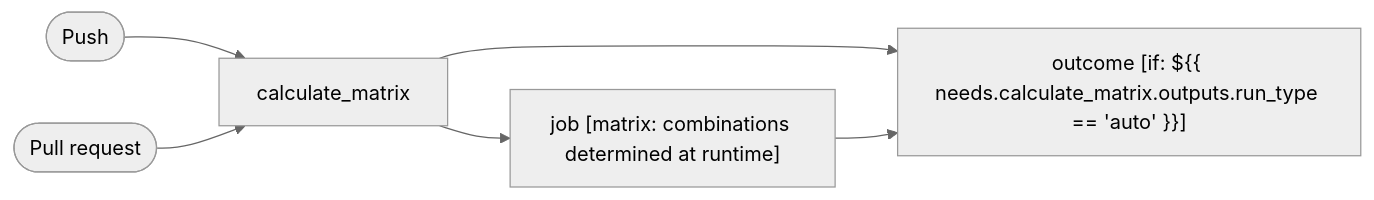
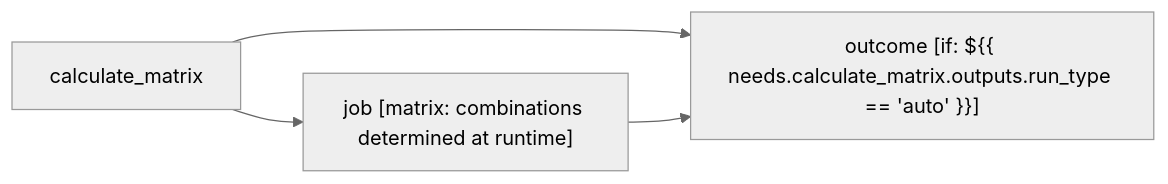
Before and after one commit to bhagatshivam/what-is-my-pipeline-doing: the diagram in tests/golden/rust_ci.md, drawn with Mermaid (neutral theme). The commit also changed other lines of this file and 27 other files, not shown here.

````diff
--- a/tests/golden/rust_ci.md
+++ b/tests/golden/rust_ci.md
@@ -46,13 +56,9 @@
 ```mermaid
 flowchart LR
-    trigger_0(["Push"])
-    trigger_1(["Pull request"])
     calculate_matrix["calculate_matrix"]
     job["job [matrix: combinations determined at runtime]"]
     outcome["outcome [if: ${{ needs.calculate_matrix.outputs.run_type == 'auto' }}]"]
-    trigger_0 --> calculate_matrix
-    trigger_1 --> calculate_matrix
     calculate_matrix --> job
     calculate_matrix --> outcome
     job --> outcome
 ```
````
